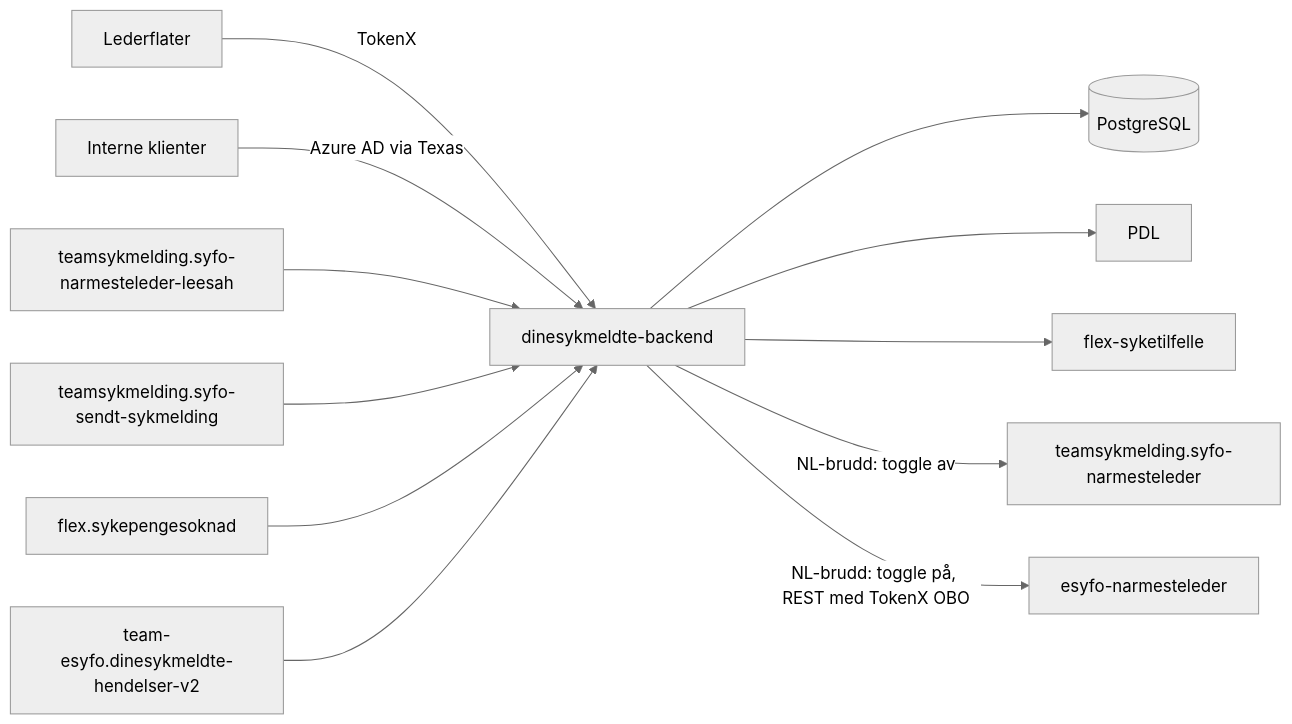
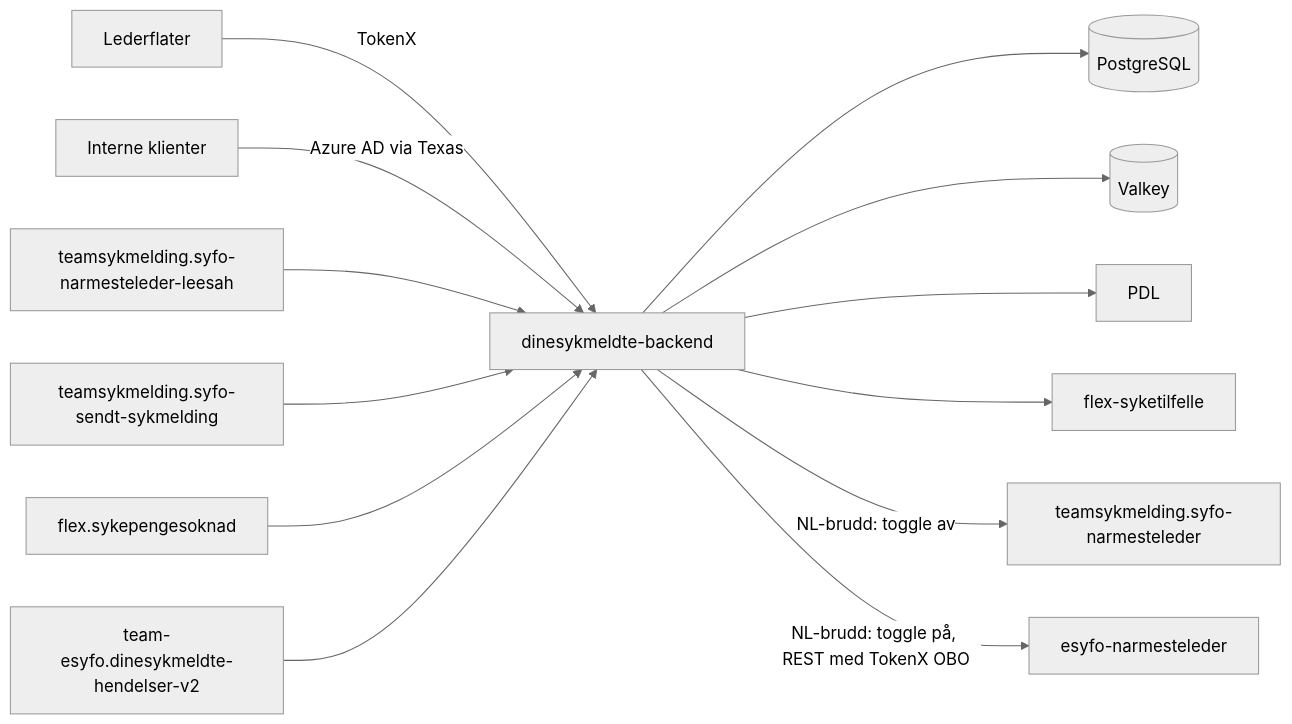
The diagram in README.md (navikt/dinesykmeldte-backend), drawn with Mermaid (neutral theme) before and after one commit. The commit also changed other lines of this file and 33 other files, not shown here.

````diff
--- a/README.md
+++ b/README.md
@@ -13,14 +13,15 @@
 ```mermaid
 flowchart LR
     A[Lederflater] -->|TokenX| B[dinesykmeldte-backend]
     X[Interne klienter] -->|Azure AD via Texas| B
     K1[teamsykmelding.syfo-narmesteleder-leesah] --> B
     K2[teamsykmelding.syfo-sendt-sykmelding] --> B
     K3[flex.sykepengesoknad] --> B
     K4[team-esyfo.dinesykmeldte-hendelser-v2] --> B
     B --> DB[(PostgreSQL)]
+    B --> V[(Valkey)]
     B --> PDL[PDL]
     B --> F[flex-syketilfelle]
     B -->|NL-brudd: toggle av| K5[teamsykmelding.syfo-narmesteleder]
     B -->|NL-brudd: toggle på, REST med TokenX OBO| E[esyfo-narmesteleder]
 ```
````
